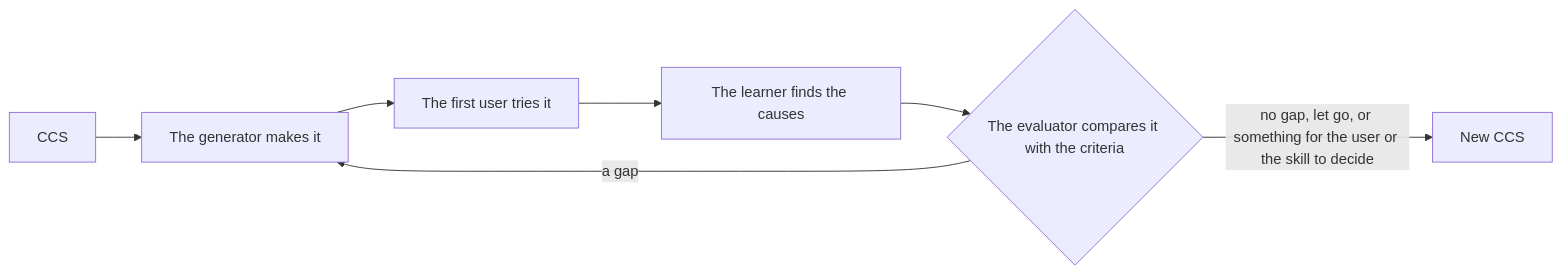
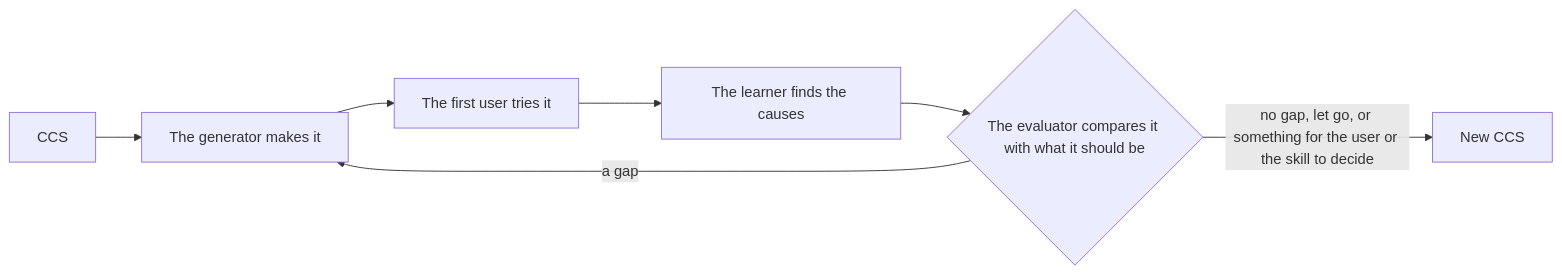
Before and after one commit to lovaizu/ccpm: the second of 2 diagrams in turn/README.md, drawn with Mermaid. The commit also changed other lines of this file and 2 other files, not shown here.

First line of the commit message:
turn: the README leads with what the deliverable should be, since the plugin's CCS is all the evaluator judges by

````diff
--- a/turn/README.md
+++ b/turn/README.md
@@ -72,9 +76,9 @@
 ```mermaid
 flowchart LR
   I[CCS] --> M[The generator makes it]
   M --> U[The first user tries it]
   U --> L[The learner finds the causes]
-  L --> J{The evaluator compares it with the criteria}
+  L --> J{The evaluator compares it with what it should be}
   J -->|a gap| M
   J -->|no gap, let go, or something for the user or the skill to decide| O[New CCS]
 ```
````
